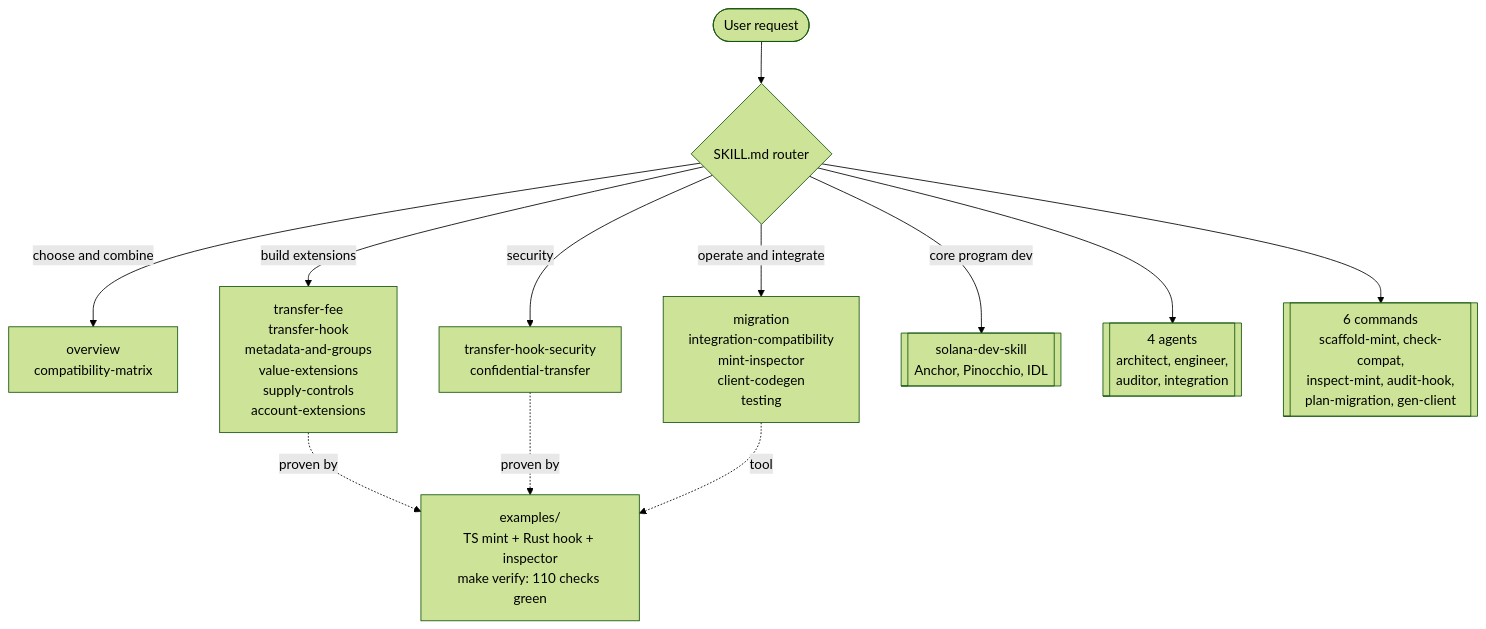
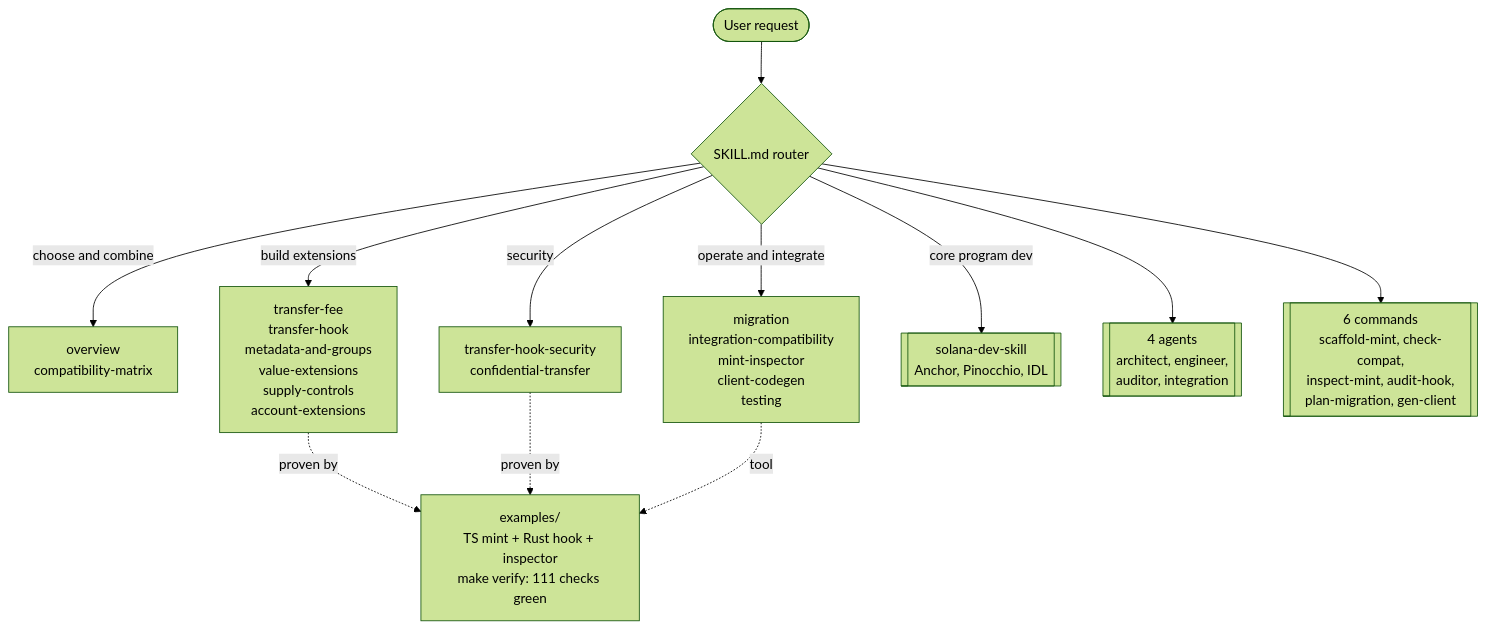
The diagram in README.md (Andy00L/solana-token-extensions-skill), drawn with Mermaid (forest theme) before and after one commit. The commit also changed other lines of this file and 13 other files, not shown here.

````diff
--- a/README.md
+++ b/README.md
@@ -21,14 +21,14 @@
 ```mermaid
 flowchart TD
     U([User request]) --> R{SKILL.md router}
     R -->|choose and combine| C["overview<br/>compatibility-matrix"]
     R -->|build extensions| B["transfer-fee<br/>transfer-hook<br/>metadata-and-groups<br/>value-extensions<br/>supply-controls<br/>account-extensions"]
     R -->|operate and integrate| O["migration<br/>integration-compatibility<br/>mint-inspector<br/>client-codegen<br/>testing"]
     R -->|security| S["transfer-hook-security<br/>confidential-transfer"]
     R -->|core program dev| CORE[["solana-dev-skill<br/>Anchor, Pinocchio, IDL"]]
     R --> AG[["4 agents<br/>architect, engineer,<br/>auditor, integration"]]
     R --> CMD[["6 commands<br/>scaffold-mint, check-compat,<br/>inspect-mint, audit-hook,<br/>plan-migration, gen-client"]]
-    B -.proven by.-> EX["examples/<br/>TS mint + Rust hook + inspector<br/>make verify: 110 checks green"]
+    B -.proven by.-> EX["examples/<br/>TS mint + Rust hook + inspector<br/>make verify: 111 checks green"]
     S -.proven by.-> EX
     O -.tool.-> EX
 ```
````
